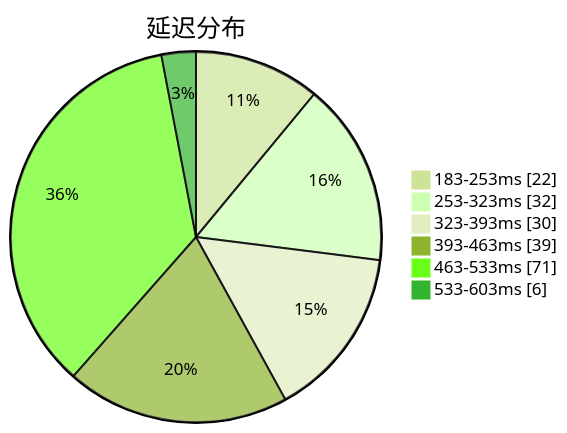
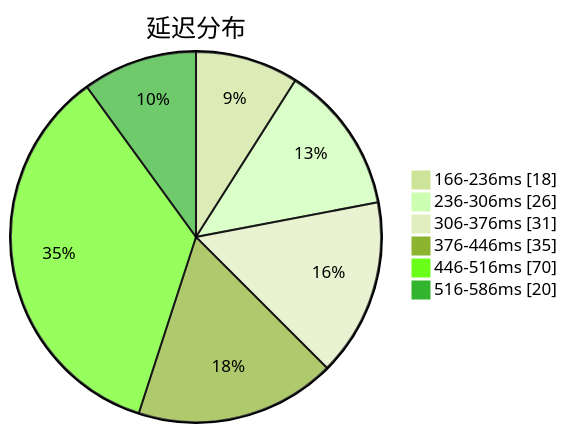
Before and after one commit to qjlxg/airport: the first of 3 diagrams in subs/statistics/tested_within.md, drawn with Mermaid (forest theme). The commit also changed other lines of this file and 2 other files, not shown here.

````diff
--- a/subs/statistics/tested_within.md
+++ b/subs/statistics/tested_within.md
@@ -2,10 +2,10 @@
 ```mermaid
 pie showData
 title 延迟分布
-"183-253ms" : 22
-"253-323ms" : 32
-"323-393ms" : 30
-"393-463ms" : 39
-"463-533ms" : 71
-"533-603ms" : 6
+"166-236ms" : 18
+"236-306ms" : 26
+"306-376ms" : 31
+"376-446ms" : 35
+"446-516ms" : 70
+"516-586ms" : 20
 ```
````
